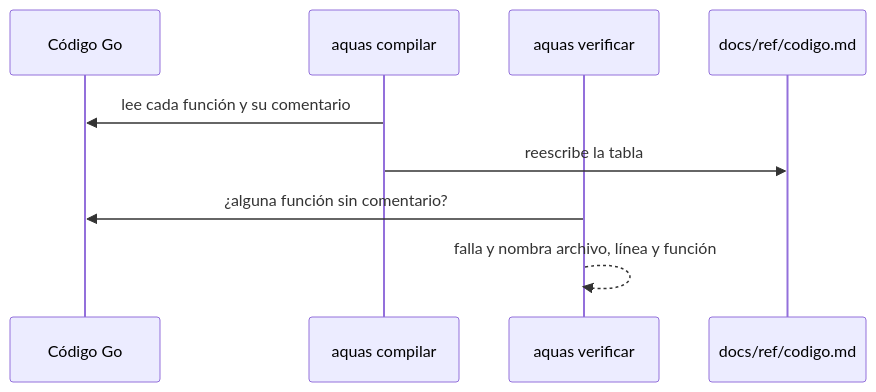
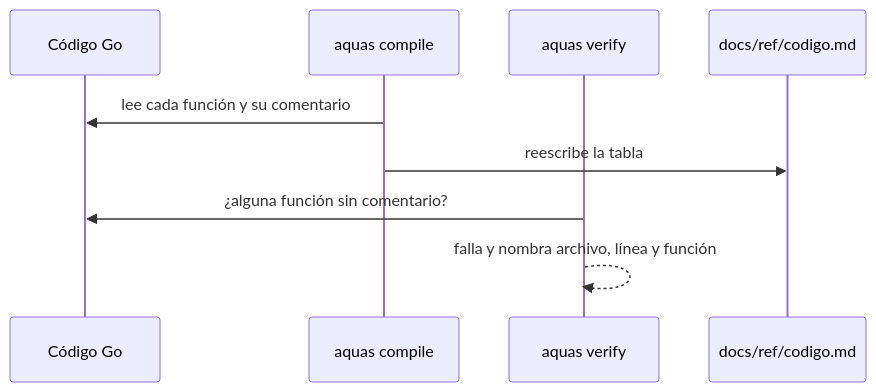
One commit to jliberal-aquas/aquas-central-harness-government changed the diagram in docs/ref/codigo.md. Above: the diagram before and after it, drawn with Mermaid. The commit also changed other lines of this file and 184 other files, not shown here.

````diff
--- a/docs/ref/codigo.md
+++ b/docs/ref/codigo.md
@@ -26,11 +26,11 @@
 ```mermaid
 sequenceDiagram
     participant C as Código Go
-    participant A as aquas compilar
-    participant G as aquas verificar
+    participant A as aquas compile
+    participant G as aquas verify
     participant P as docs/ref/codigo.md
     A->>C: lee cada función y su comentario
     A->>P: reescribe la tabla
     G->>C: ¿alguna función sin comentario?
     G-->>G: falla y nombra archivo, línea y función
 ```
````
